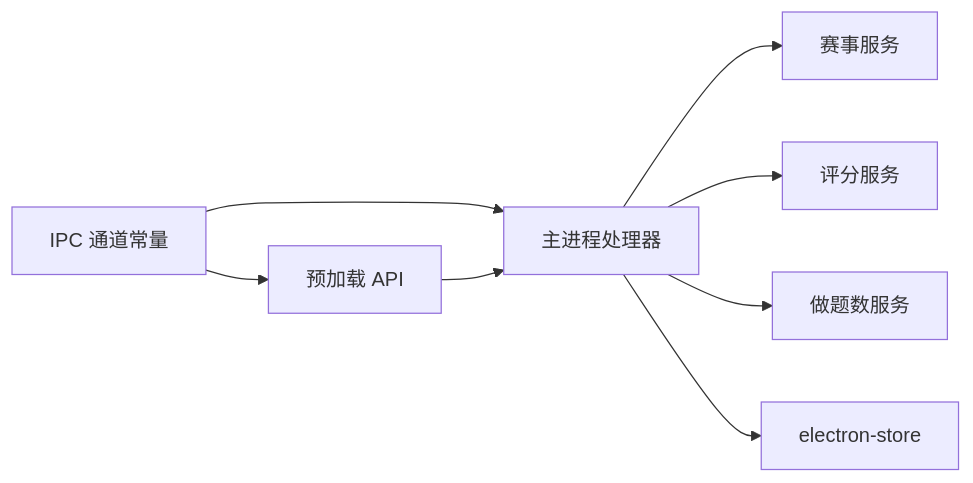
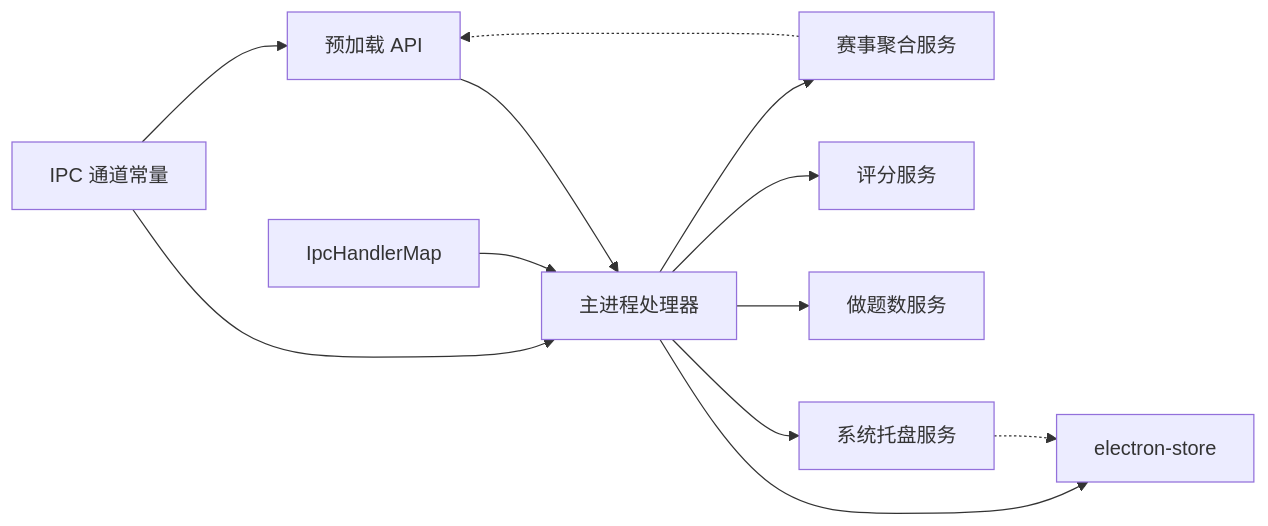
Before and after one commit to Siborne/OJFlow: the third of 3 diagrams in .qoder/repowiki/zh/content/架构设计/IPC通信机制.md, drawn with Mermaid. The commit also changed other lines of this file and 23 other files, not shown here.

````diff
--- a/.qoder/repowiki/zh/content/架构设计/IPC通信机制.md
+++ b/.qoder/repowiki/zh/content/架构设计/IPC通信机制.md
@@ -261,10 +332,14 @@
 ```mermaid
 graph LR
 CH["IPC 通道常量"] --> PRE["预加载 API"]
 CH --> MAIN["主进程处理器"]
+IpcHandlerMap --> MAIN
 PRE --> MAIN
-MAIN --> SVC1["赛事服务"]
+MAIN --> SVC1["赛事聚合服务"]
 MAIN --> SVC2["评分服务"]
 MAIN --> SVC3["做题数服务"]
+MAIN --> TRAY["系统托盘服务"]
 MAIN --> ESTORE["electron-store"]
+SVC1 -.-> PRE
+TRAY -.-> ESTORE
 ```
````
